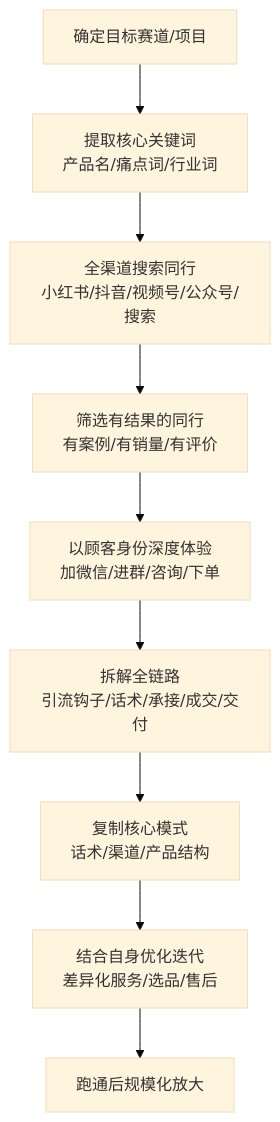
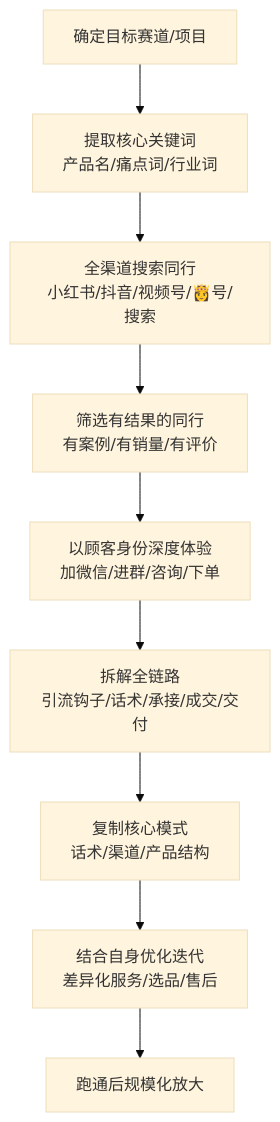
The ninth of 10 diagrams in docs/202301-02_paper2textbook/asset/body_fix_c6d90a72da2b343dc06f7c86a6f01d07_e0b32d309e1b3aebb19f4f3724dafdc4_fbe16d678a33972e52af7b1be05b6c88_bc4031da2733644fbce2e47ebb804bbb.md (OpenDocCN1/flygon-zhuanqian-zhoubao), drawn with Mermaid (base theme) before and after one commit. The commit also changed other lines of this file and 6688 other files, not shown here.

````diff
--- a/docs/202301-02_paper2textbook/asset/body_fix_c6d90a72da2b343dc06f7c86a6f01d07_e0b32d309e1b3aebb19f4f3724dafdc4_fbe16d678a33972e52af7b1be05b6c88_bc4031da2733644fbce2e47ebb804bbb.md
+++ b/docs/202301-02_paper2textbook/asset/body_fix_c6d90a72da2b343dc06f7c86a6f01d07_e0b32d309e1b3aebb19f4f3724dafdc4_fbe16d678a33972e52af7b1be05b6c88_bc4031da2733644fbce2e47ebb804bbb.md
@@ -498,11 +498,11 @@
 ```mermaid
 flowchart TD
     C1[确定目标赛道/项目] --> C2[提取核心关键词\n产品名/痛点词/行业词]
-    C2 --> C3[全渠道搜索同行\n小红书/抖音/视频号/公众号/搜索]
+    C2 --> C3[全渠道搜索同行\n小红书/抖音/视频号/👸号/搜索]
     C3 --> C4[筛选有结果的同行\n有案例/有销量/有评价]
     C4 --> C5[以顾客身份深度体验\n加微信/进群/咨询/下单]
     C5 --> C6[拆解全链路\n引流钩子/话术/承接/成交/交付]
     C6 --> C7[复制核心模式\n话术/渠道/产品结构]
     C7 --> C8[结合自身优化迭代\n差异化服务/选品/售后]
     C8 --> C9[跑通后规模化放大]
 ```
````
